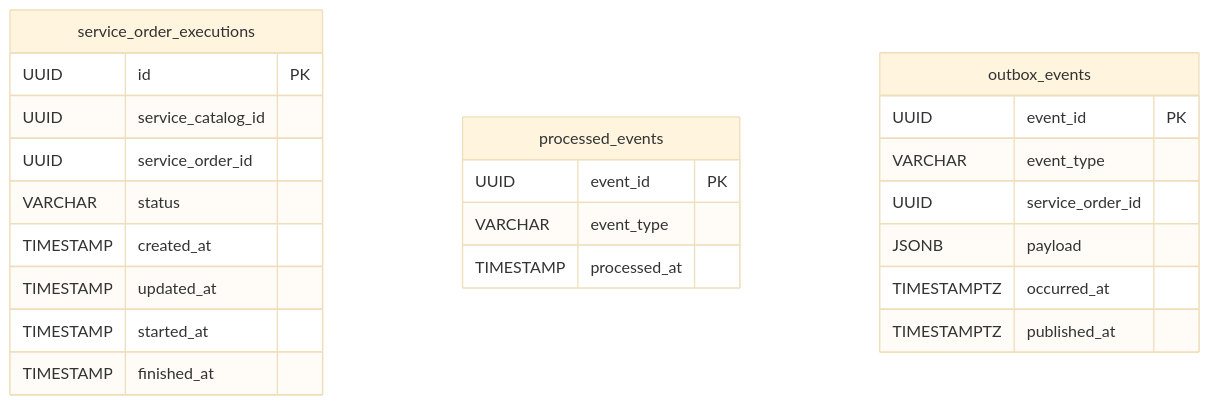
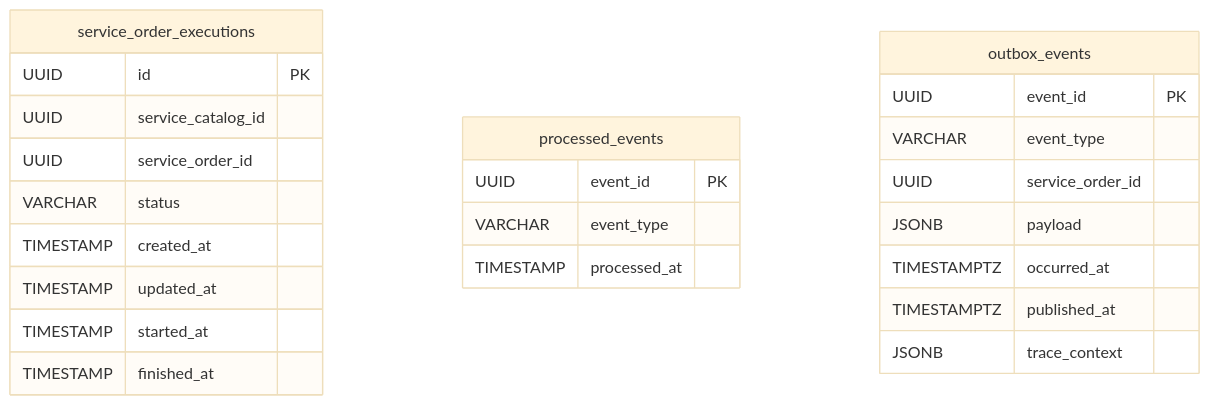
The diagram in docs/DATABASE.md (15SOAT-FIAP/ms-ofisy-execution), drawn with Mermaid (base theme) before and after one commit. The commit also changed other lines of this file and 2 other files, not shown here.

Commit message:
docs: documentar o rastreamento distribuído pelo outbox

````diff
--- a/docs/DATABASE.md
+++ b/docs/DATABASE.md
@@ -11,26 +11,27 @@
 ```mermaid
 erDiagram
     service_order_executions {
         UUID id PK
         UUID service_catalog_id
         UUID service_order_id
         VARCHAR status
         TIMESTAMP created_at
         TIMESTAMP updated_at
         TIMESTAMP started_at
         TIMESTAMP finished_at
     }
     processed_events {
         UUID event_id PK
         VARCHAR event_type
         TIMESTAMP processed_at
     }
     outbox_events {
         UUID event_id PK
         VARCHAR event_type
         UUID service_order_id
         JSONB payload
         TIMESTAMPTZ occurred_at
         TIMESTAMPTZ published_at
+        JSONB trace_context
     }
 ```
````
